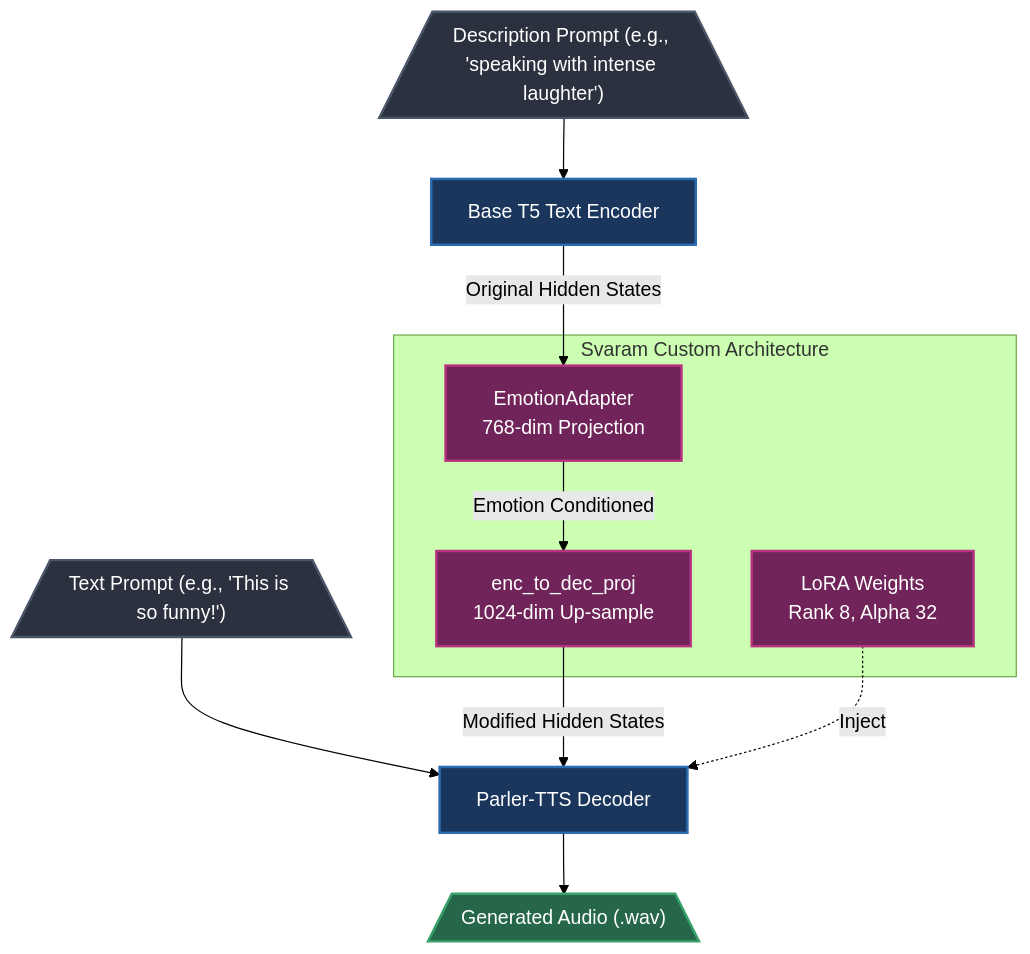
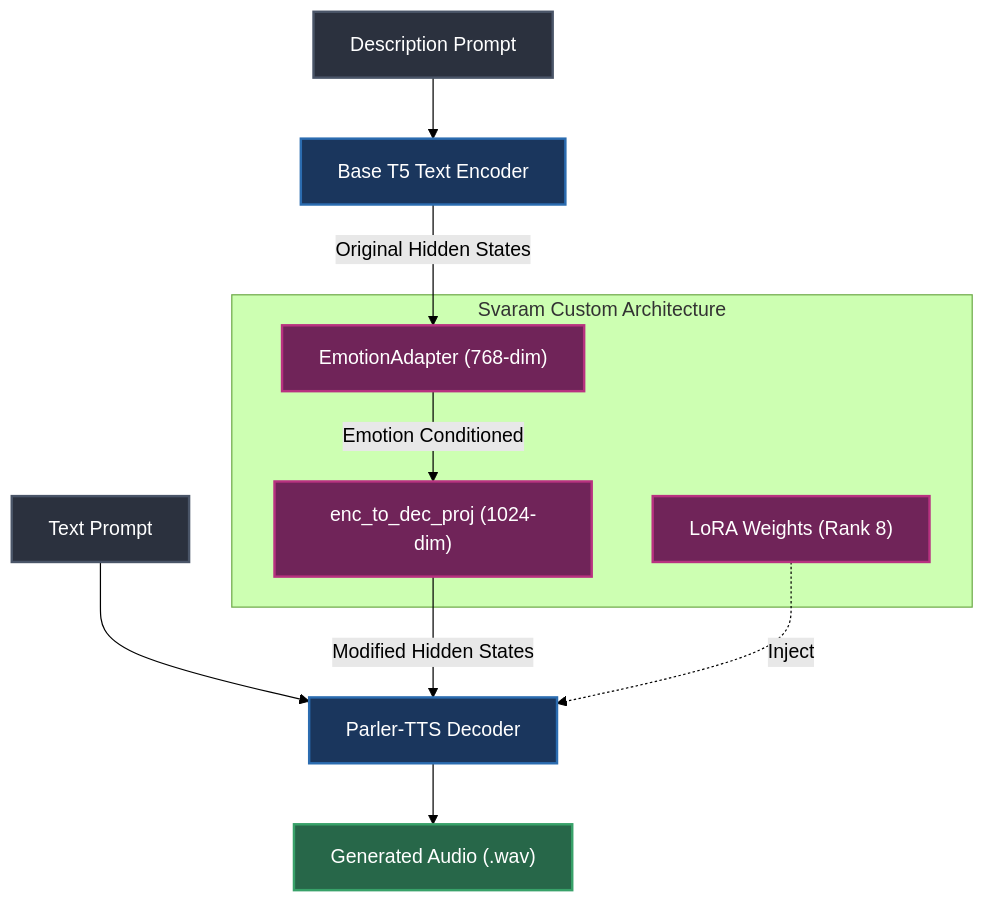
The diagram in README.md (Sidharth-06/Swaram), drawn with Mermaid (forest theme) before and after one commit.

Commit message:
fix: Correct Mermaid diagram syntax for GitHub rendering

````diff
--- a/README.md
+++ b/README.md
@@ -22,29 +22,29 @@
 ```mermaid
 graph TD
     classDef input fill:#2b313e,stroke:#4a5568,stroke-width:2px,color:#fff
     classDef model fill:#1a365d,stroke:#2b6cb0,stroke-width:2px,color:#fff
     classDef custom fill:#702459,stroke:#b83280,stroke-width:2px,color:#fff
     classDef output fill:#276749,stroke:#38a169,stroke-width:2px,color:#fff
 
-    Desc[/"Description Prompt (e.g., 'speaking with intense laughter')"\]:::input
-    Text[/"Text Prompt (e.g., 'This is so funny!')"\]:::input
+    Desc["Description Prompt"]:::input
+    Text["Text Prompt"]:::input
 
-    T5[Base T5 Text Encoder]:::model
+    T5["Base T5 Text Encoder"]:::model
     
-    subgraph Svaram Custom Architecture
-        Adapter[EmotionAdapter <br> 768-dim Projection]:::custom
-        Proj[enc_to_dec_proj <br> 1024-dim Up-sample]:::custom
-        LoRA[LoRA Weights <br> Rank 8, Alpha 32]:::custom
+    subgraph CustomArch ["Svaram Custom Architecture"]
+        Adapter["EmotionAdapter (768-dim)"]:::custom
+        Proj["enc_to_dec_proj (1024-dim)"]:::custom
+        LoRA["LoRA Weights (Rank 8)"]:::custom
     end
     
-    Decoder[Parler-TTS Decoder]:::model
-    Audio[/"Generated Audio (.wav)"\]:::output
+    Decoder["Parler-TTS Decoder"]:::model
+    Audio["Generated Audio (.wav)"]:::output
 
     Desc --> T5
     Text --> Decoder
-    T5 -->|Original Hidden States| Adapter
-    Adapter -->|Emotion Conditioned| Proj
-    Proj -->|Modified Hidden States| Decoder
-    LoRA -.->|Inject| Decoder
+    T5 -->|"Original Hidden States"| Adapter
+    Adapter -->|"Emotion Conditioned"| Proj
+    Proj -->|"Modified Hidden States"| Decoder
+    LoRA -.->|"Inject"| Decoder
     Decoder --> Audio
 ```
````
